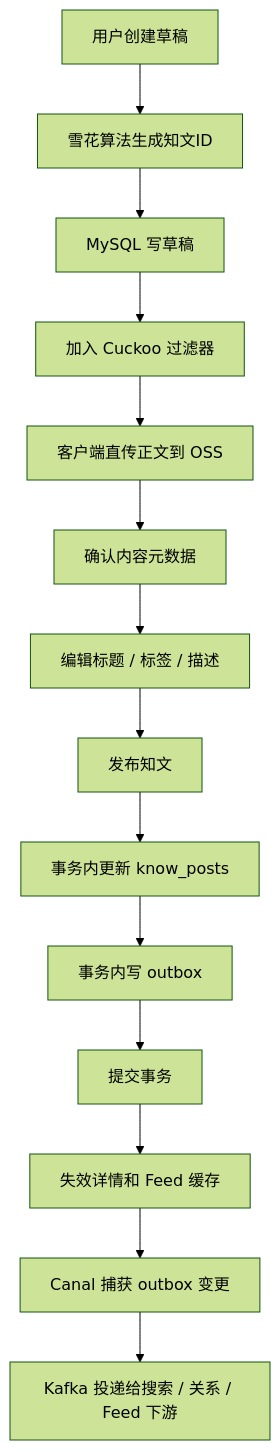
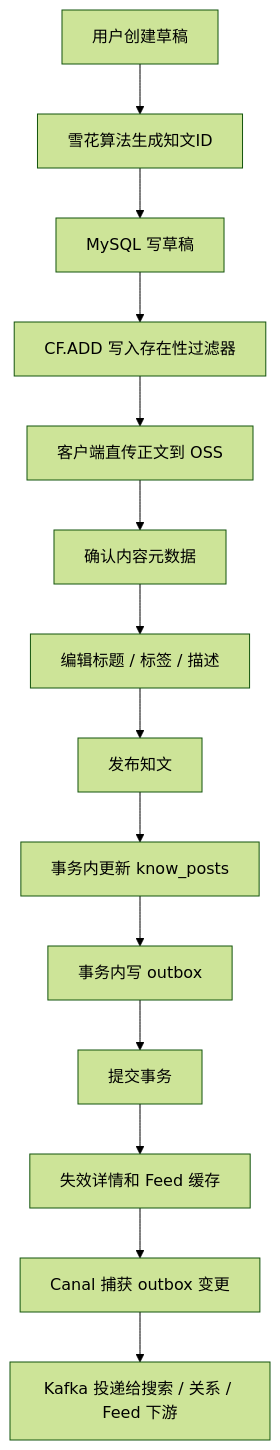
The third of 7 diagrams in README.md (bitladykiller/zhiguang_go), drawn with Mermaid (forest theme) before and after one commit. The commit also changed other lines of this file and 12 other files, not shown here.

````diff
--- a/README.md
+++ b/README.md
@@ -447,16 +447,16 @@
 ```mermaid
 flowchart TD
     A[用户创建草稿] --> B[雪花算法生成知文ID]
     B --> C[MySQL 写草稿]
-    C --> D[加入 Cuckoo 过滤器]
+    C --> D[CF.ADD 写入存在性过滤器]
     D --> E[客户端直传正文到 OSS]
     E --> F[确认内容元数据]
     F --> G[编辑标题 / 标签 / 描述]
     G --> H[发布知文]
     H --> I[事务内更新 know_posts]
     I --> J[事务内写 outbox]
     J --> K[提交事务]
     K --> L[失效详情和 Feed 缓存]
     L --> M[Canal 捕获 outbox 变更]
     M --> N[Kafka 投递给搜索 / 关系 / Feed 下游]
 ```
````
